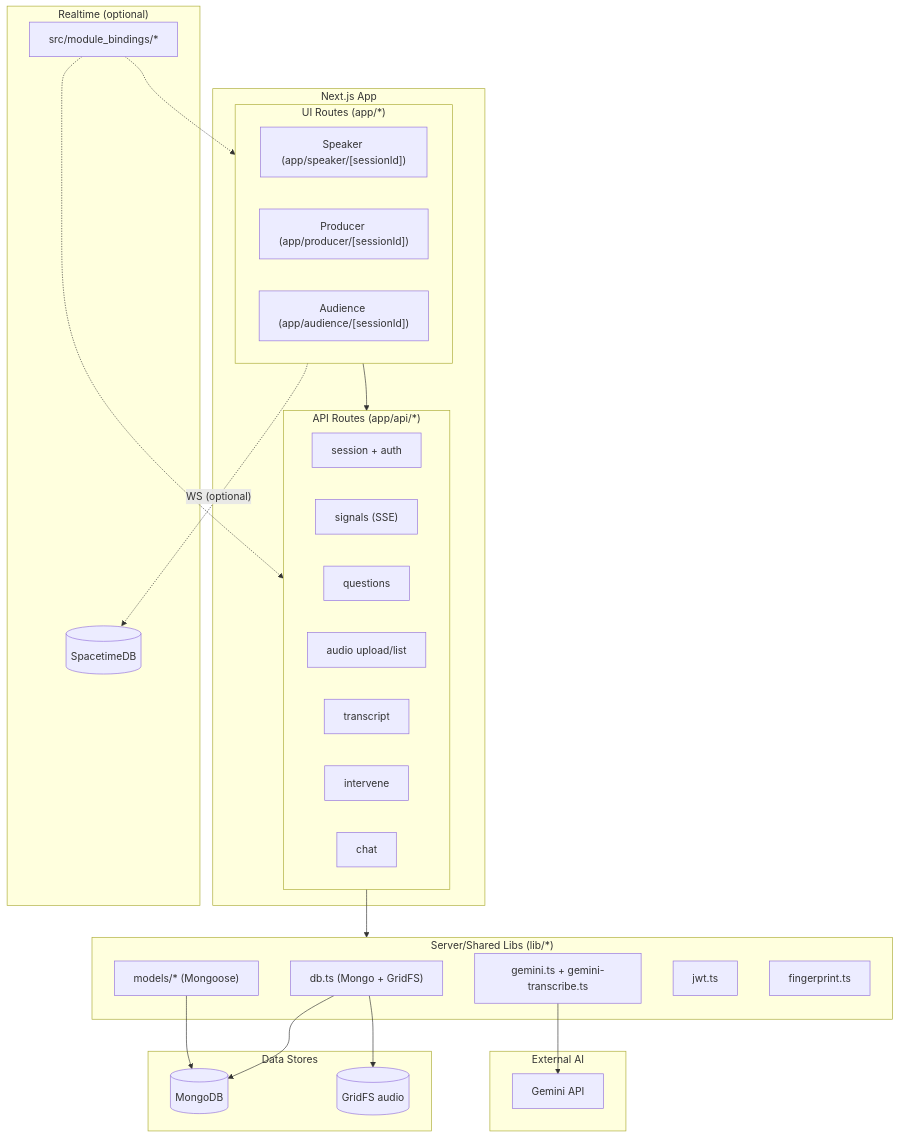
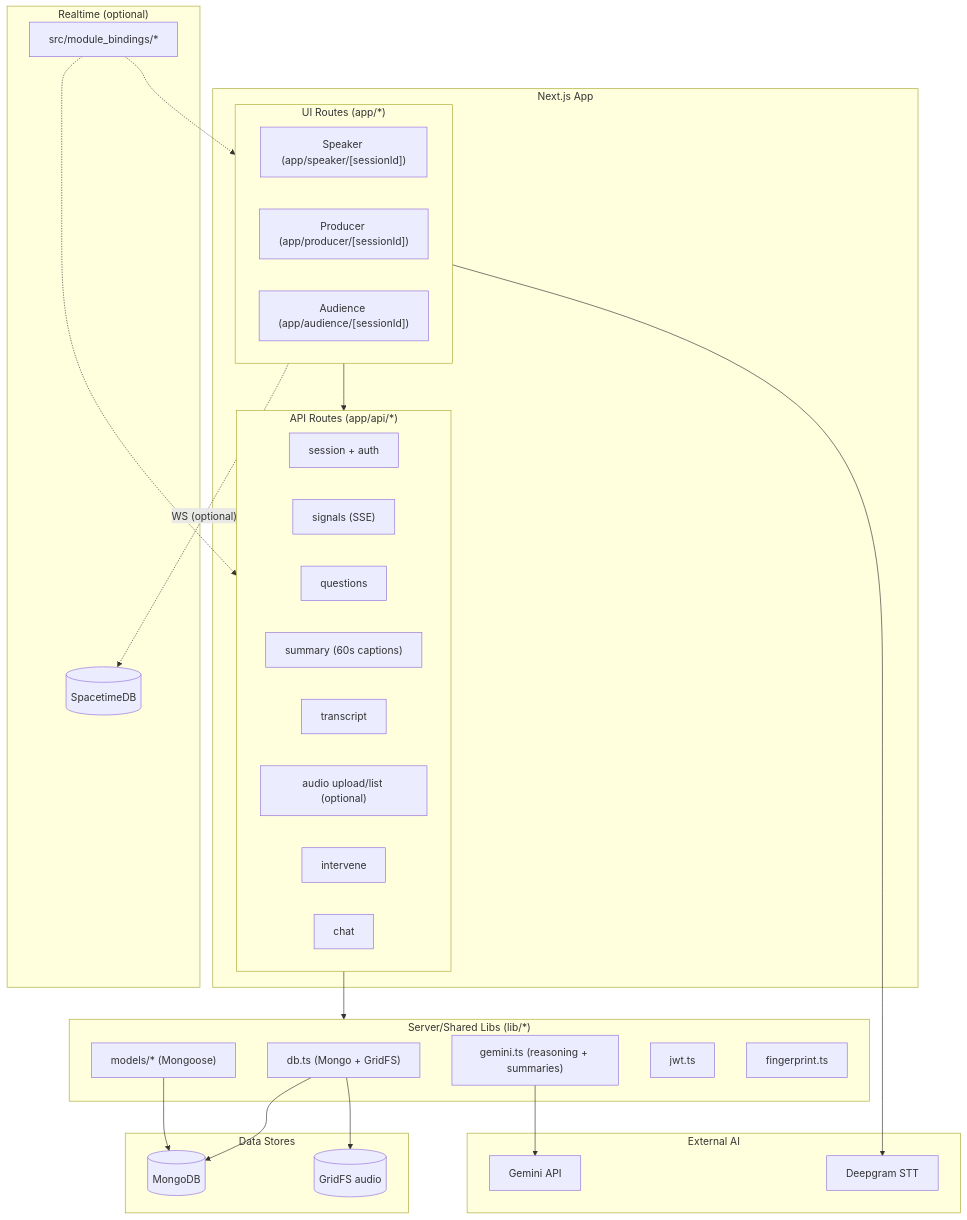
One commit to arvinder004/PULSE_HACKBYTE4.0 changed the second of 8 diagrams in PULSE_ARCHITECTUREPLAN.md. Above: the diagram before and after it, drawn with Mermaid. The commit also changed other lines of this file and 14 other files, not shown here.

````diff
--- a/PULSE_ARCHITECTUREPLAN.md
+++ b/PULSE_ARCHITECTUREPLAN.md
@@ -77,54 +81,57 @@
 ```mermaid
 flowchart TB
   subgraph NextApp["Next.js App"]
     subgraph UI["UI Routes (app/*)"]
       SpeakerUI["Speaker (app/speaker/[sessionId])"]
       ProducerUI["Producer (app/producer/[sessionId])"]
       AudienceUI["Audience (app/audience/[sessionId])"]
     end
     subgraph API["API Routes (app/api/*)"]
       SessionAPI["session + auth"]
       SignalsAPI["signals (SSE)"]
       QuestionsAPI["questions"]
-      AudioAPI["audio upload/list"]
+      SummaryAPI["summary (60s captions)"]
       TranscriptAPI["transcript"]
+      AudioAPI["audio upload/list (optional)"]
       InterveneAPI["intervene"]
       ChatAPI["chat"]
     end
   end
 
   subgraph Lib["Server/Shared Libs (lib/*)"]
     DB["db.ts (Mongo + GridFS)"]
     Models["models/* (Mongoose)"]
-    GeminiLib["gemini.ts + gemini-transcribe.ts"]
+    GeminiLib["gemini.ts (reasoning + summaries)"]
     AuthLib["jwt.ts"]
     Fingerprint["fingerprint.ts"]
   end
 
   subgraph Data["Data Stores"]
     Mongo[(MongoDB)]
     GridFS[(GridFS audio)]
   end
 
   subgraph Realtime["Realtime (optional)"]
     STDB[(SpacetimeDB)]
     Bindings["src/module_bindings/*"]
   end
 
   subgraph External["External AI"]
     Gemini[Gemini API]
+    Deepgram[Deepgram STT]
   end
 
   UI --> API
   API --> Lib
 
   DB --> Mongo
   DB --> GridFS
   Models --> Mongo
 
   GeminiLib --> Gemini
+  UI --> Deepgram
 
   UI -. "WS (optional)" .-> STDB
   Bindings -.-> UI
   Bindings -.-> API
 ```
````
